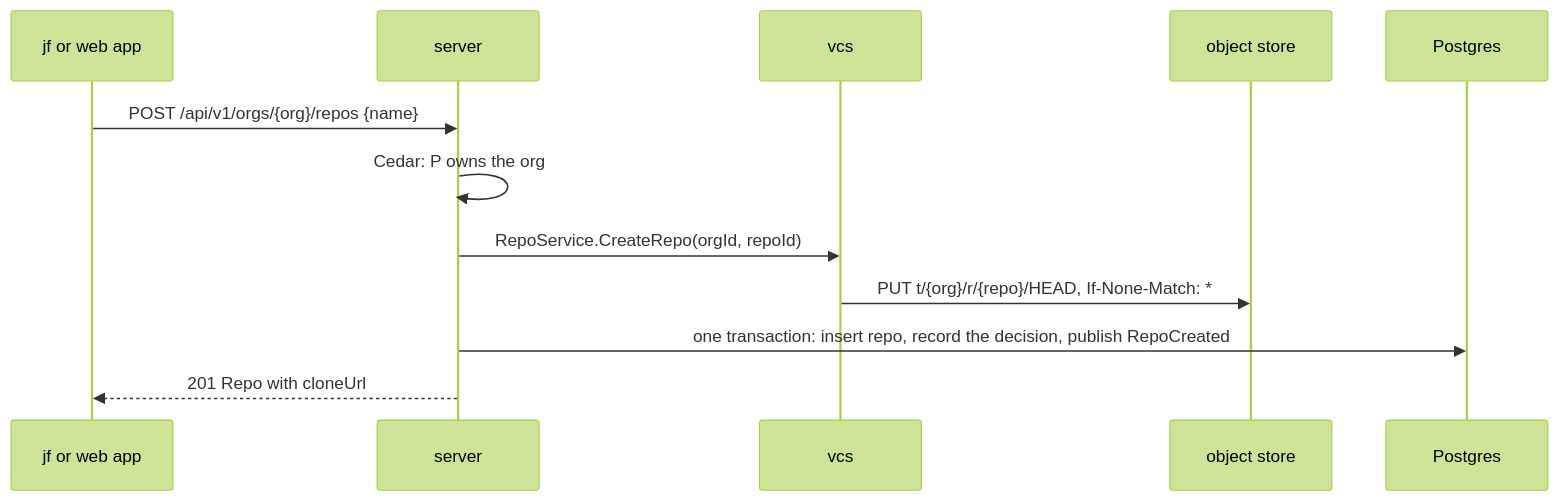
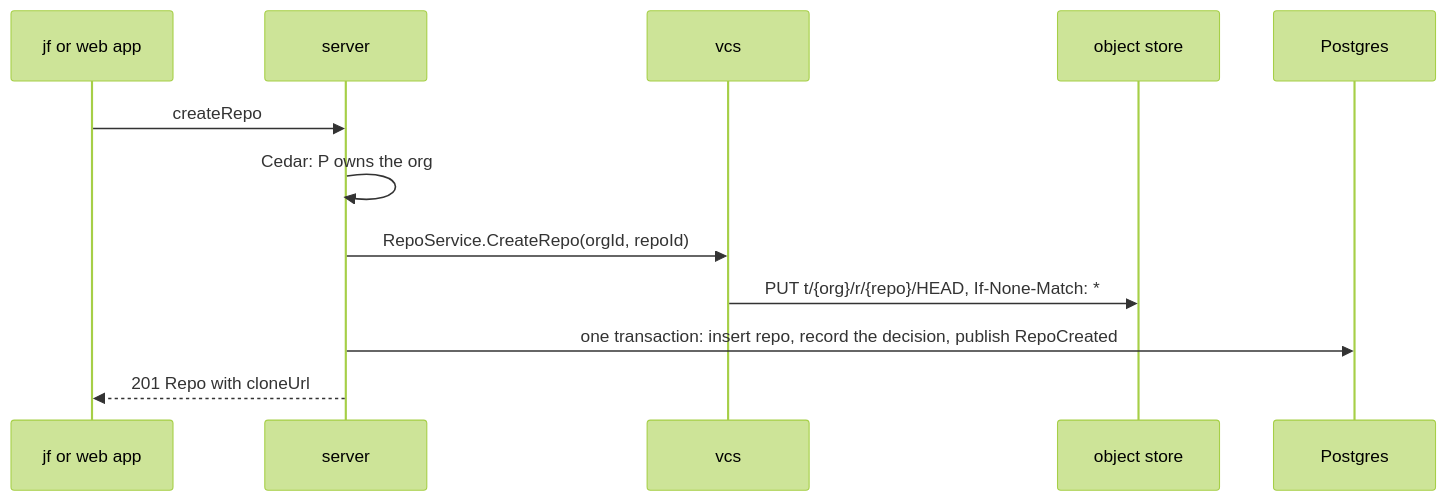
The diagram in shared/docs/specs/23-orgs-and-repos.md (nca-apprentices/jjforge), drawn with Mermaid (forest theme) before and after one commit. The commit also changed other lines of this file and 1 other file, not shown here.

````diff
--- a/shared/docs/specs/23-orgs-and-repos.md
+++ b/shared/docs/specs/23-orgs-and-repos.md
@@ -60,15 +52,15 @@
 ```mermaid
 sequenceDiagram
     participant client as jf or web app
     participant server
     participant vcs
     participant store as object store
     participant pg as Postgres
 
-    client->>server: POST /api/v1/orgs/{org}/repos {name}
+    client->>server: createRepo
     server->>server: Cedar: P owns the org
     server->>vcs: RepoService.CreateRepo(orgId, repoId)
     vcs->>store: PUT t/{org}/r/{repo}/HEAD, If-None-Match: *
     server->>pg: one transaction: insert repo, record the decision, publish RepoCreated
     server-->>client: 201 Repo with cloneUrl
 ```
````
